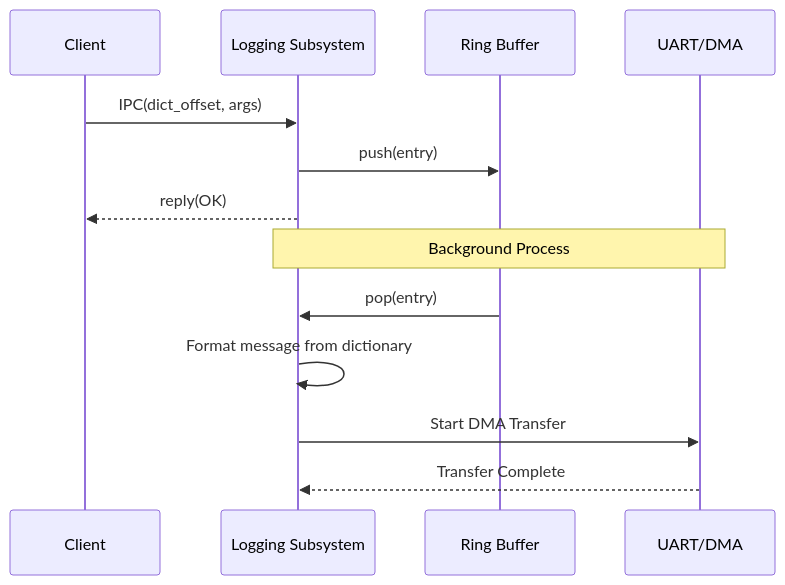
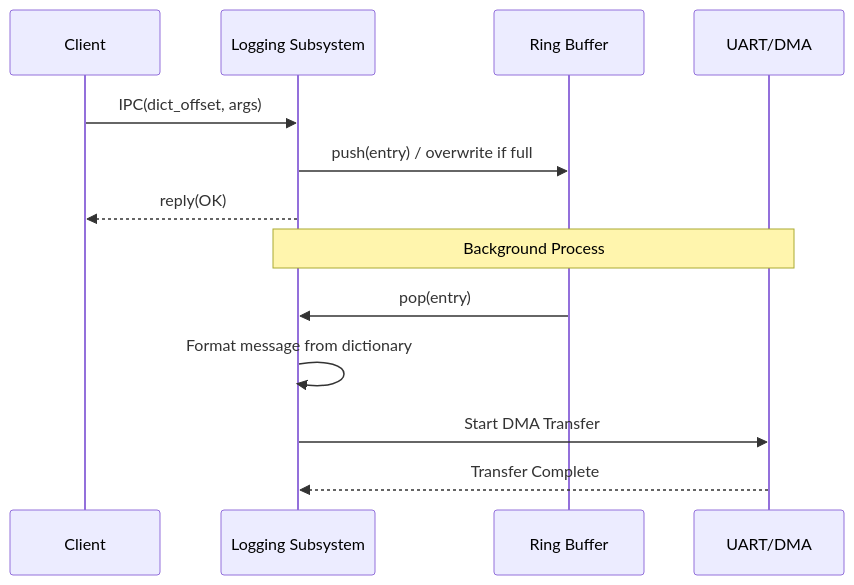
The third of 3 diagrams in docs/components/tier1_core/system_logging.md (kmt-t/fireball), drawn with Mermaid before and after one commit. The commit also changed other lines of this file and 6 other files, not shown here.

````diff
--- a/docs/components/tier1_core/system_logging.md
+++ b/docs/components/tier1_core/system_logging.md
@@ -103,16 +101,16 @@
 ```mermaid
 sequenceDiagram
     participant C as Client
     participant L as Logging Subsystem
     participant RB as Ring Buffer
     participant HW as UART/DMA
     
     C->>L: IPC(dict_offset, args)
-    L->>RB: push(entry)
+    L->>RB: push(entry) / overwrite if full
     L-->>C: reply(OK)
     Note over L,HW: Background Process
     RB->>L: pop(entry)
     L->>L: Format message from dictionary
     L->>HW: Start DMA Transfer
     HW-->>L: Transfer Complete
 ```
````
